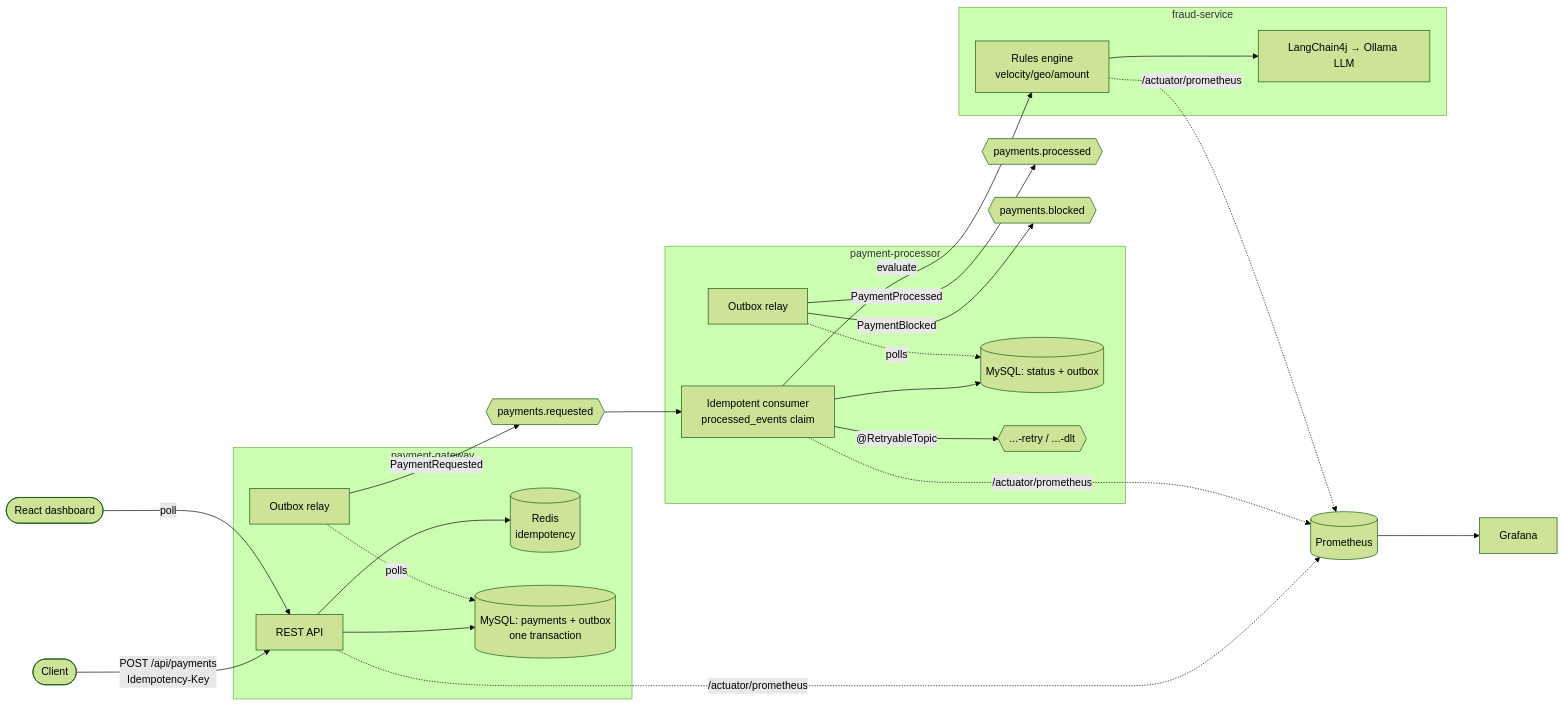
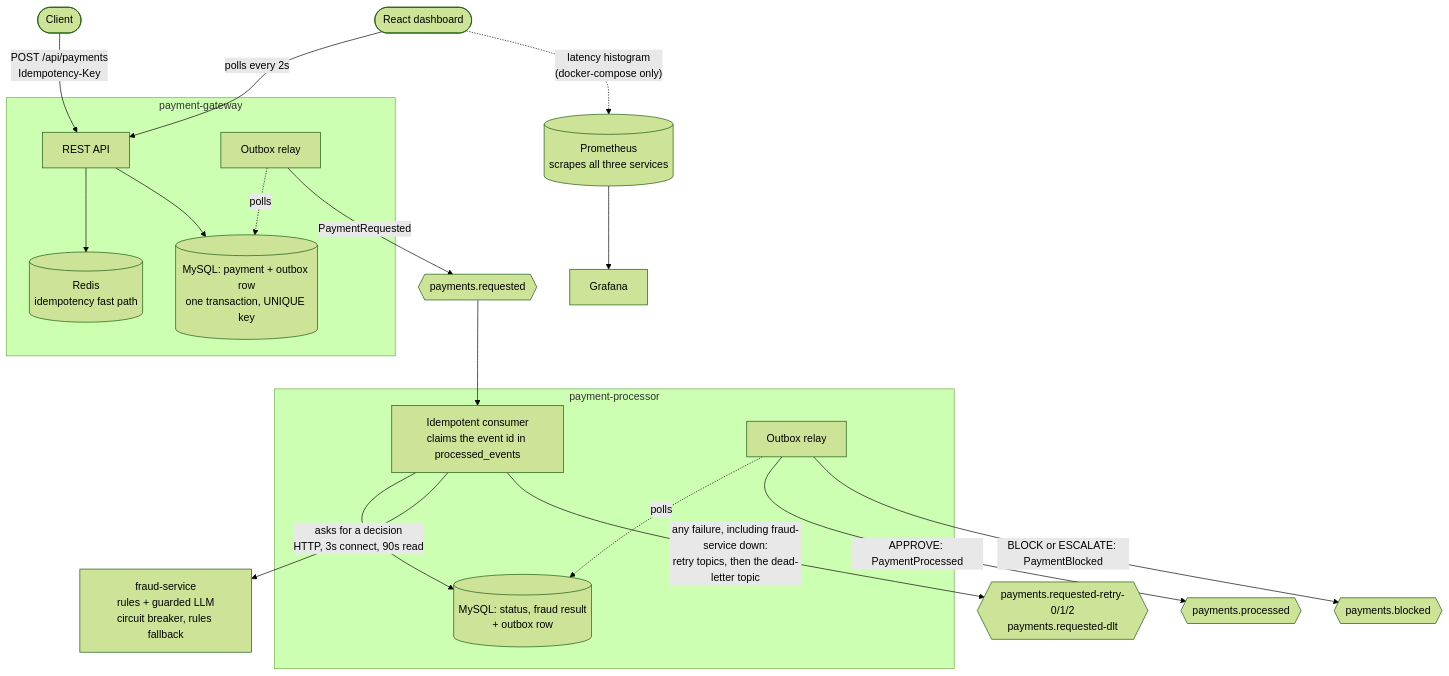
Before and after one commit to rishabht877/TransactIQ: the diagram in README.md, drawn with Mermaid (forest theme).

Commit message:
redraw the architecture diagram in the readme
the old one was missing most of what got added since. now shows the
timeouts on the processor's call to fraud-service, failures going to the
retry topics then the dlt (including fraud-service being down), which
decisions go to processed vs blocked, the fraud result stored on the row,
the circuit breaker and rules fallback in fraud-service, and the dashboard
reading prometheus directly (compose only).

top to bottom now, the left to right version was too wide and tangled

````diff
--- a/README.md
+++ b/README.md
@@ -11,30 +11,28 @@
 ```mermaid
-flowchart LR
+flowchart TB
     client([Client]) -->|"POST /api/payments<br/>Idempotency-Key"| gw
 
-    subgraph gwsub [payment-gateway]
-        gw[REST API] --> redis[(Redis<br/>idempotency)]
-        gw --> db1[(MySQL: payments + outbox<br/>one transaction)]
-        relay1[Outbox relay] -.polls.-> db1
+    subgraph gwsub ["payment-gateway"]
+        gw["REST API"] --> redis[("Redis<br/>idempotency fast path")]
+        gw --> db1[("MySQL: payment + outbox row<br/>one transaction, UNIQUE key")]
+        relay1["Outbox relay"] -.polls.-> db1
     end
 
-    relay1 -->|PaymentRequested| req{{payments.requested}}
+    relay1 -->|PaymentRequested| req{{"payments.requested"}}
+    req --> proc
 
-    req --> proc
-    subgraph procsub [payment-processor]
-        proc[Idempotent consumer<br/>processed_events claim] --> db2[(MySQL: status + outbox)]
-        proc -->|"@RetryableTopic"| dlq{{...-retry / ...-dlt}}
-        relay2[Outbox relay] -.polls.-> db2
+    subgraph procsub ["payment-processor"]
+        proc["Idempotent consumer<br/>claims the event id in processed_events"] --> db2[("MySQL: status, fraud result<br/>+ outbox row")]
+        relay2["Outbox relay"] -.polls.-> db2
     end
 
-    proc -->|evaluate| fraud
-    subgraph fraudsub [fraud-service]
-        fraud[Rules engine<br/>velocity/geo/amount] --> llm[LangChain4j → Ollama LLM]
-    end
+    proc -->|"asks for a decision<br/>HTTP, 3s connect, 90s read"| fraud["fraud-service<br/>rules + guarded LLM<br/>circuit breaker, rules fallback"]
+    proc -->|"any failure, including fraud-service down:<br/>retry topics, then the dead-letter topic"| dlq{{"payments.requested-retry-0/1/2<br/>payments.requested-dlt"}}
 
-    relay2 -->|PaymentProcessed| done{{payments.processed}}
-    relay2 -->|PaymentBlocked| blocked{{payments.blocked}}
+    relay2 -->|"APPROVE: PaymentProcessed"| done{{"payments.processed"}}
+    relay2 -->|"BLOCK or ESCALATE: PaymentBlocked"| blocked{{"payments.blocked"}}
 
-    gw & proc & fraud -.->|/actuator/prometheus| prom[(Prometheus)] --> graf[Grafana]
-    dash([React dashboard]) -->|poll| gw
+    prom[("Prometheus<br/>scrapes all three services")] --> graf["Grafana"]
+    dash(["React dashboard"]) -->|"polls every 2s"| gw
+    dash -.->|"latency histogram<br/>(docker-compose only)"| prom
 ```
````
